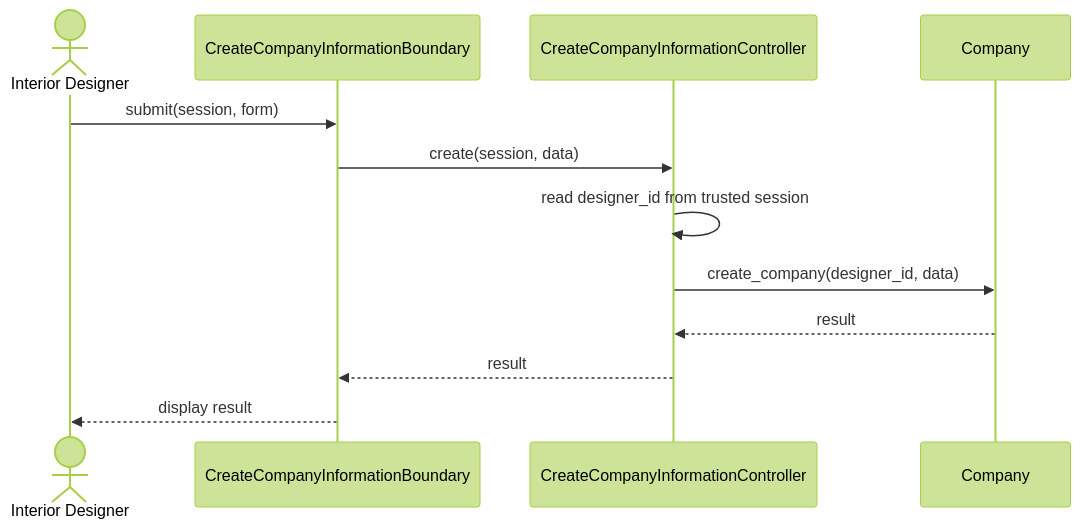
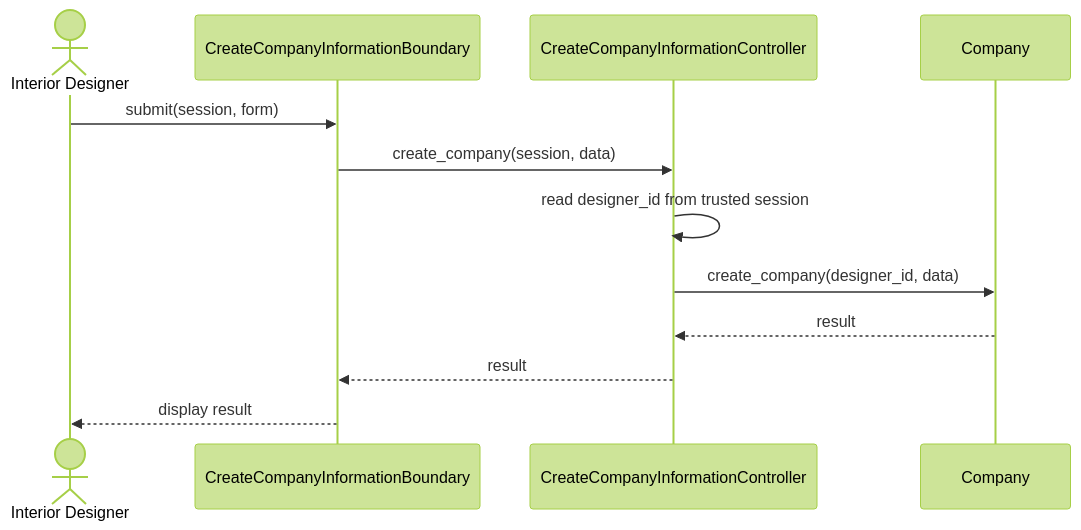
The second of 2 diagrams in diagrams/US13_Create_Company_Information/README.md (boyinapuddle/CSIT314-Chinese), drawn with Mermaid (forest theme) before and after one commit. The commit also changed other lines of this file and 140 other files, not shown here.

````diff
--- a/diagrams/US13_Create_Company_Information/README.md
+++ b/diagrams/US13_Create_Company_Information/README.md
@@ -20,14 +20,14 @@
 ```mermaid
 sequenceDiagram
     actor P0 as Interior Designer
     participant P1 as CreateCompanyInformationBoundary
     participant P2 as CreateCompanyInformationController
     participant P3 as Company
     P0->>P1: submit(session, form)
-    P1->>P2: create(session, data)
+    P1->>P2: create_company(session, data)
     P2->>P2: read designer_id from trusted session
     P2->>P3: create_company(designer_id, data)
     P3-->>P2: result
     P2-->>P1: result
     P1-->>P0: display result
 ```
````
